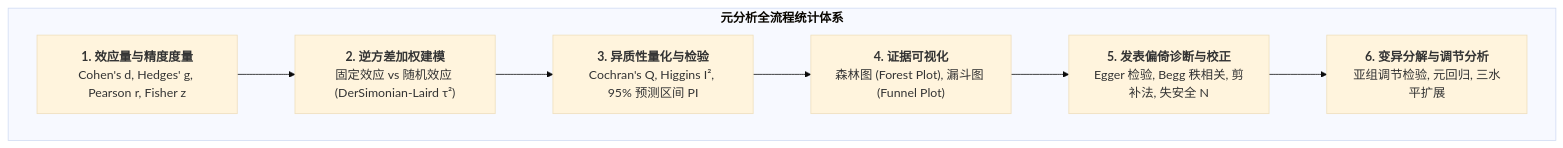
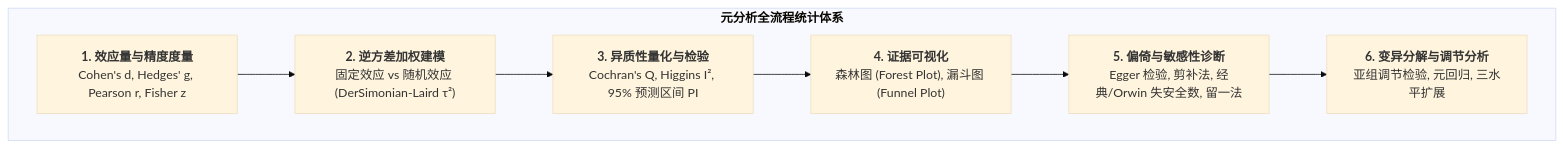
One commit to likemie/vault-notes changed the first of 2 diagrams in wiki/methods/quantitative/Meta-analysis.md. Above: the diagram before and after it, drawn with Mermaid (base theme). The commit also changed other lines of this file and 2 other files, not shown here.

````diff
--- a/wiki/methods/quantitative/Meta-analysis.md
+++ b/wiki/methods/quantitative/Meta-analysis.md
@@ -139,10 +141,10 @@
 ```mermaid
 flowchart TD
     subgraph Core["<b>元分析全流程统计体系</b>"]
         ES["<b>1. 效应量与精度度量</b><br>Cohen's d, Hedges' g, Pearson r, Fisher z"] --> W["<b>2. 逆方差加权建模</b><br>固定效应 vs 随机效应 (DerSimonian-Laird τ²)"]
         W --> H["<b>3. 异质性量化与检验</b><br>Cochran's Q, Higgins I², 95% 预测区间 PI"]
         H --> V["<b>4. 证据可视化</b><br>森林图 (Forest Plot), 漏斗图 (Funnel Plot)"]
-        V --> PB["<b>5. 发表偏倚诊断与校正</b><br>Egger 检验, Begg 秩相关, 剪补法, 失安全 N"]
+        V --> PB["<b>5. 偏倚与敏感性诊断</b><br>Egger 检验, 剪补法, 经典/Orwin 失安全数, 留一法"]
         PB --> MOD["<b>6. 变异分解与调节分析</b><br>亚组调节检验, 元回归, 三水平扩展"]
     end
 ```
````
